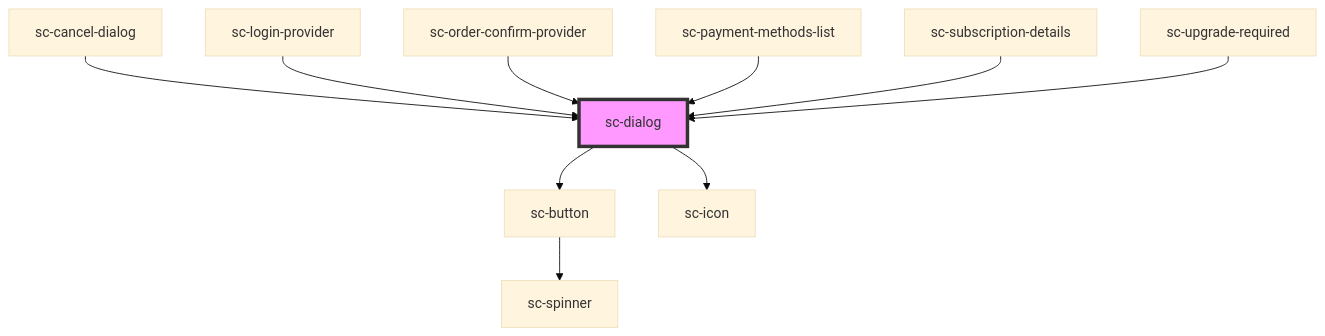
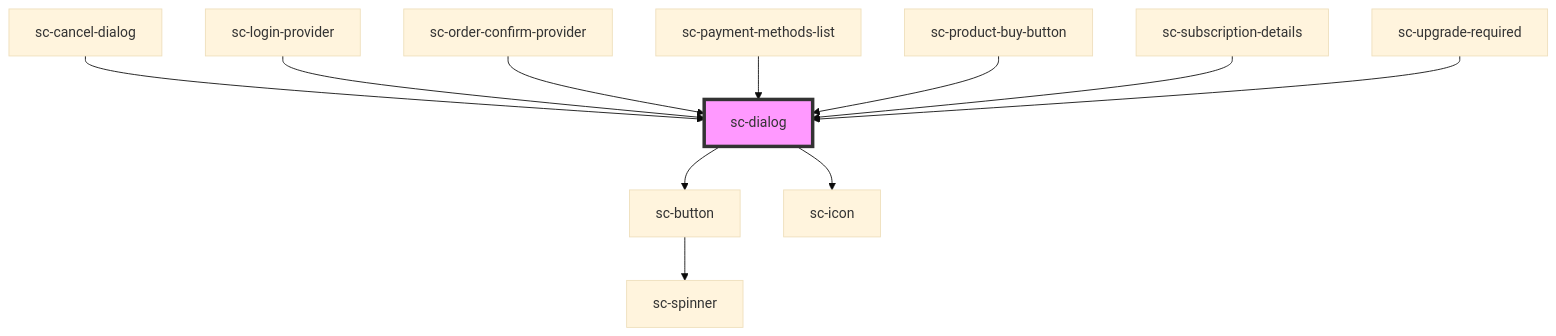
Before and after one commit to surecart/surecart-wp-plugin: the diagram in packages/components/src/components/ui/sc-dialog/readme.md, drawn with Mermaid (base theme). The commit also changed other lines of this file and 40 other files, not shown here.

Commit message:
Buy button changes.

````diff
--- a/packages/components/src/components/ui/sc-dialog/readme.md
+++ b/packages/components/src/components/ui/sc-dialog/readme.md
@@ -60,13 +61,14 @@
 ```mermaid
 graph TD;
   sc-dialog --> sc-button
   sc-dialog --> sc-icon
   sc-button --> sc-spinner
   sc-cancel-dialog --> sc-dialog
   sc-login-provider --> sc-dialog
   sc-order-confirm-provider --> sc-dialog
   sc-payment-methods-list --> sc-dialog
+  sc-product-buy-button --> sc-dialog
   sc-subscription-details --> sc-dialog
   sc-upgrade-required --> sc-dialog
   style sc-dialog fill:#f9f,stroke:#333,stroke-width:4px
 ```
````
